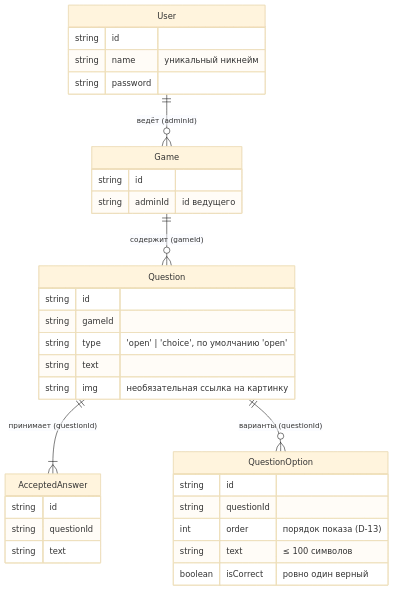
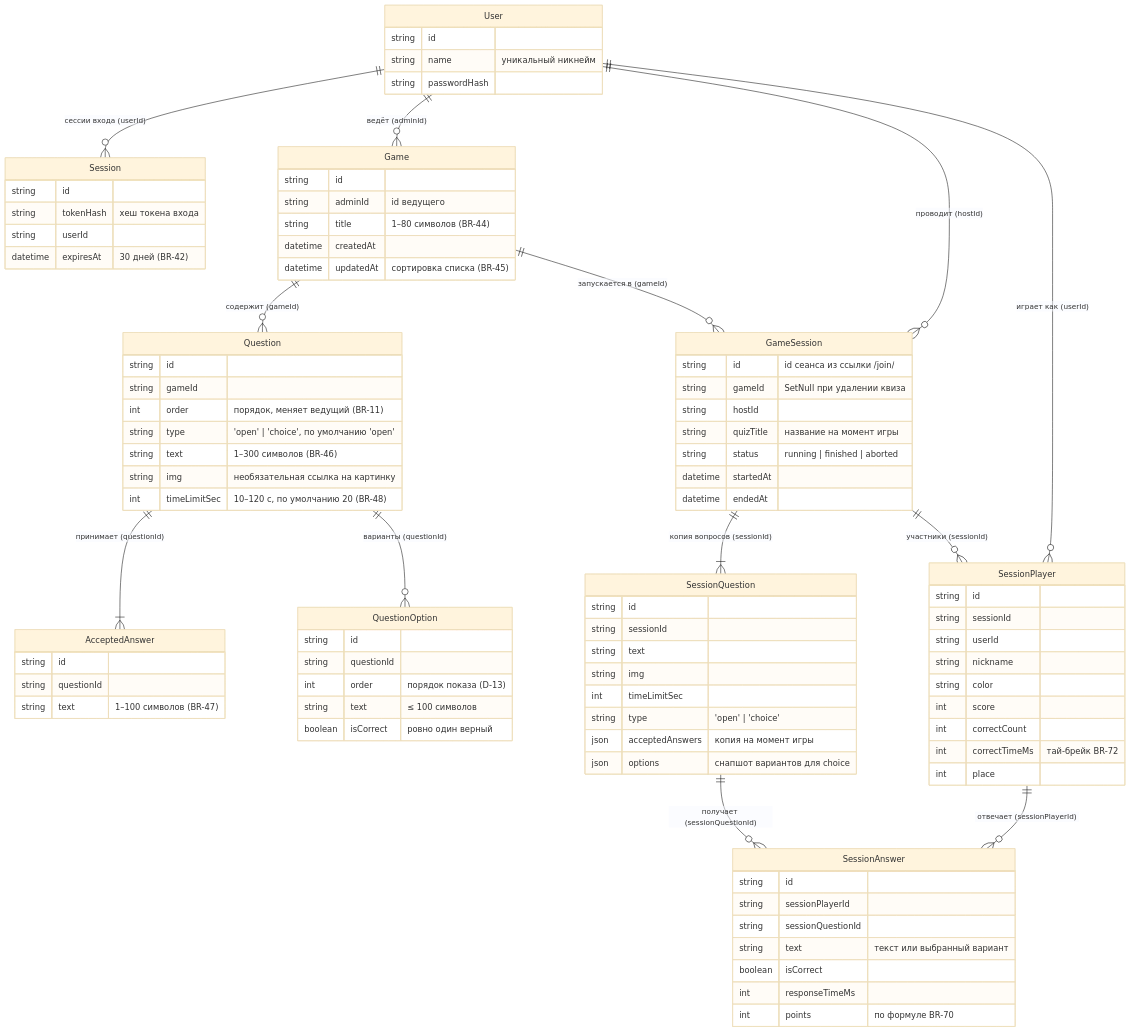
Before and after one commit to m5production/clone-kahoot-docs: the diagram in docs/05-domain-model.md, drawn with Mermaid (base theme). The commit also changed other lines of this file and 11 other files, not shown here.

First line of the commit message:
docs: mobile host game implemented — backlog 24 closed, docs 1-8 synced to 1.0

````diff
--- a/docs/05-domain-model.md
+++ b/docs/05-domain-model.md
@@ -7,30 +7,49 @@
 ```mermaid
 erDiagram
+    User ||--o{ Session : "сессии входа (userId)"
     User ||--o{ Game : "ведёт (adminId)"
+    User ||--o{ GameSession : "проводит (hostId)"
+    User ||--o{ SessionPlayer : "играет как (userId)"
     Game ||--o{ Question : "содержит (gameId)"
+    Game ||--o{ GameSession : "запускается в (gameId)"
     Question ||--|{ AcceptedAnswer : "принимает (questionId)"
     Question ||--o{ QuestionOption : "варианты (questionId)"
+    GameSession ||--|{ SessionQuestion : "копия вопросов (sessionId)"
+    GameSession ||--o{ SessionPlayer : "участники (sessionId)"
+    SessionPlayer ||--o{ SessionAnswer : "отвечает (sessionPlayerId)"
+    SessionQuestion ||--o{ SessionAnswer : "получает (sessionQuestionId)"
 
     User {
         string id
         string name "уникальный никнейм"
-        string password
+        string passwordHash
+    }
+    Session {
+        string id
+        string tokenHash "хеш токена входа"
+        string userId
+        datetime expiresAt "30 дней (BR-42)"
     }
     Game {
         string id
         string adminId "id ведущего"
+        string title "1–80 символов (BR-44)"
+        datetime createdAt
+        datetime updatedAt "сортировка списка (BR-45)"
     }
     Question {
         string id
         string gameId
+        int order "порядок, меняет ведущий (BR-11)"
         string type "'open' | 'choice', по умолчанию 'open'"
-        string text
+        string text "1–300 символов (BR-46)"
         string img "необязательная ссылка на картинку"
+        int timeLimitSec "10–120 с, по умолчанию 20 (BR-48)"
     }
     AcceptedAnswer {
         string id
         string questionId
-        string text
+        string text "1–100 символов (BR-47)"
     }
     QuestionOption {
         string id
@@ -39,4 +58,43 @@
         string text "≤ 100 символов"
         boolean isCorrect "ровно один верный"
     }
+    GameSession {
+        string id "id сеанса из ссылки /join/<id>"
+        string gameId "SetNull при удалении квиза"
+        string hostId
+        string quizTitle "название на момент игры"
+        string status "running | finished | aborted"
+        datetime startedAt
+        datetime endedAt
+    }
+    SessionQuestion {
+        string id
+        string sessionId
+        string text
+        string img
+        int timeLimitSec
+        string type "'open' | 'choice'"
+        json acceptedAnswers "копия на момент игры"
+        json options "снапшот вариантов для choice"
+    }
+    SessionPlayer {
+        string id
+        string sessionId
+        string userId
+        string nickname
+        string color
+        int score
+        int correctCount
+        int correctTimeMs "тай-брейк BR-72"
+        int place
+    }
+    SessionAnswer {
+        string id
+        string sessionPlayerId
+        string sessionQuestionId
+        string text "текст или выбранный вариант"
+        boolean isCorrect
+        int responseTimeMs
+        int points "по формуле BR-70"
+    }
 ```
````
